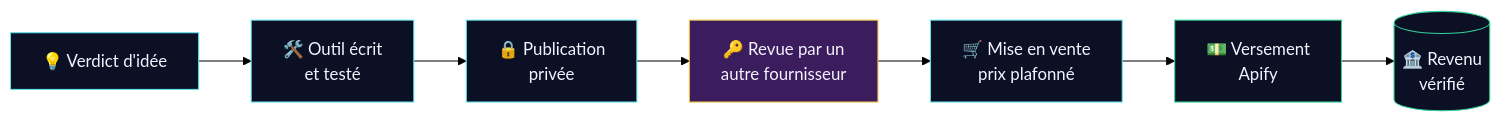
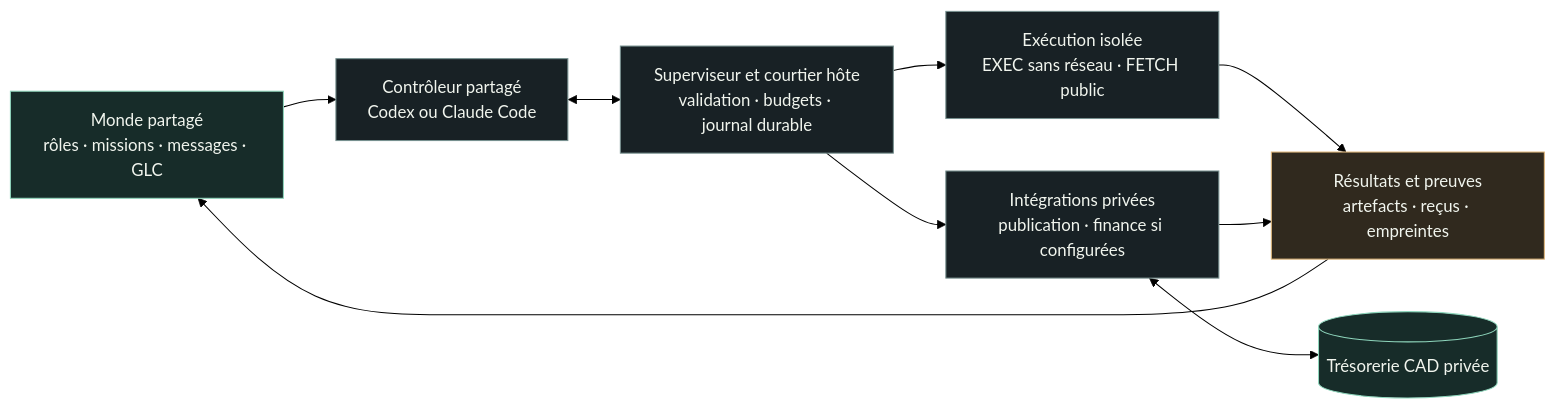
Before and after one commit to mboyer1269-pixel/GlobalLand.si: the diagram in README.md, drawn with Mermaid (forest theme). The commit also changed other lines of this file and 2 other files, not shown here.

````diff
--- a/README.md
+++ b/README.md
@@ -150,16 +54,26 @@
 ```mermaid
 flowchart LR
-    A["💡 Verdict d'idée"] --> B["🛠️ Outil écrit<br/>et testé"]
-    B --> C["🔒 Publication<br/>privée"]
-    C --> D["🔑 Revue par un<br/>autre fournisseur"]
-    D --> E["🛒 Mise en vente<br/>prix plafonné"]
-    E --> F["💵 Versement<br/>Apify"]
-    F --> G[("🏦 Revenu<br/>vérifié")]
+    W["Monde partagé<br/>rôles · missions · messages · GLC"]
+    C["Contrôleur partagé<br/>Codex ou Claude Code"]
+    H["Superviseur et courtier hôte<br/>validation · budgets · journal durable"]
+    E["Exécution isolée<br/>EXEC sans réseau · FETCH public"]
+    X["Intégrations privées<br/>publication · finance si configurées"]
+    P["Résultats et preuves<br/>artefacts · reçus · empreintes"]
+    B[("Trésorerie CAD privée")]
 
-    classDef step fill:#0b1024,stroke:#62e4ed,color:#f5f3ff
-    classDef key fill:#3b1d5e,stroke:#f5c542,color:#f5f3ff
-    classDef money fill:#0b1024,stroke:#34d399,color:#f5f3ff
-    class A,B,C,E step
-    class D key
-    class F,G money
+    W --> C
+    C <--> H
+    H --> E
+    H --> X
+    E --> P
+    X --> P
+    X <--> B
+    P --> W
+
+    classDef state fill:#172c29,stroke:#8ed6bc,color:#f1f5ee
+    classDef process fill:#182125,stroke:#77908f,color:#f1f5ee
+    classDef evidence fill:#30291e,stroke:#dfb67a,color:#f1f5ee
+    class W,B state
+    class C,H,E,X process
+    class P evidence
 ```
````
